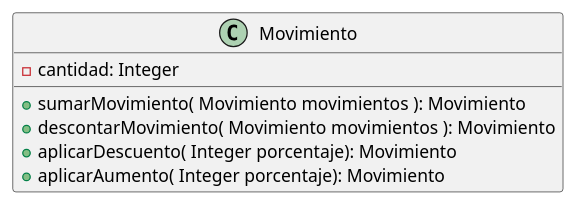
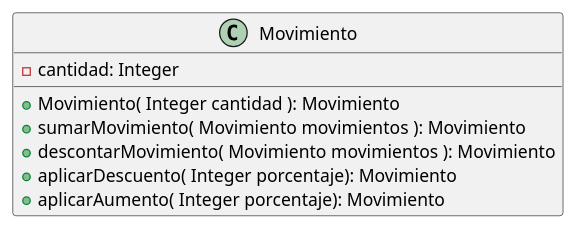
The diagram in diagrams/classes/Movimiento.puml (rodrigovzq/algo3_tp2), drawn with PlantUML before and after one commit. The commit also changed 18 other files, not shown here.

Commit message:
Actualizacion de diagramas

```diff
--- a/diagrams/classes/Movimiento.puml
+++ b/diagrams/classes/Movimiento.puml
@@ -1,11 +1,11 @@
 @startuml(id=SINSUBCLASES)
        'Clase que encapsula la logica de movimientos.
        class Movimiento{
            - cantidad: Integer
+           + Movimiento( Integer cantidad ): Movimiento
            + sumarMovimiento( Movimiento movimientos ): Movimiento
            + descontarMovimiento( Movimiento movimientos ): Movimiento
            + aplicarDescuento( Integer porcentaje): Movimiento
            + aplicarAumento( Integer porcentaje): Movimiento
        }
-
 @enduml
```
